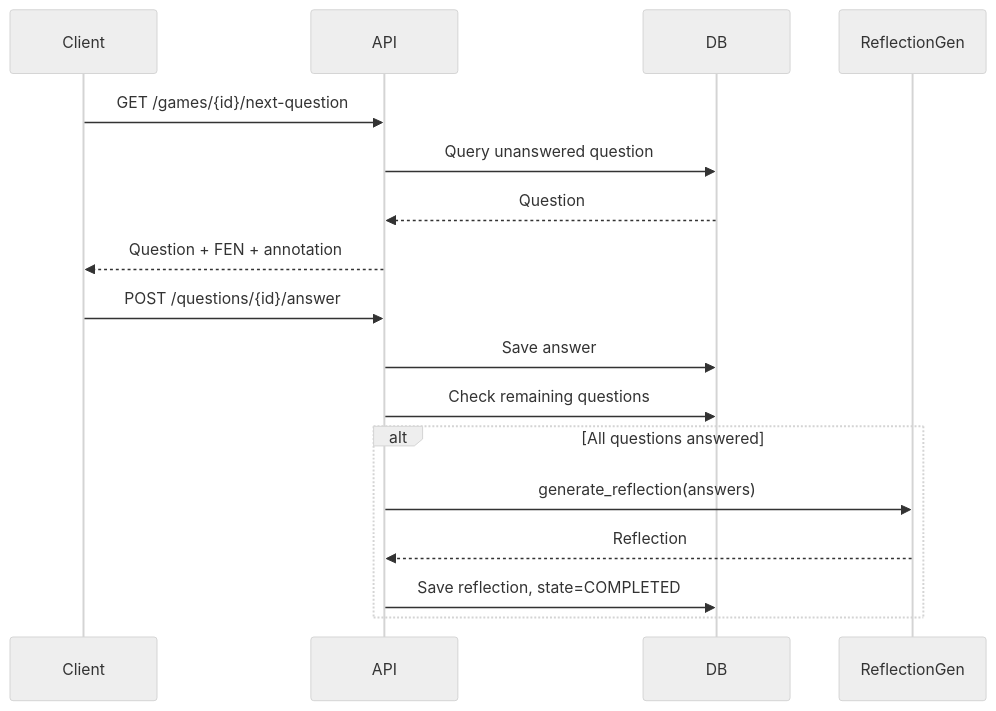
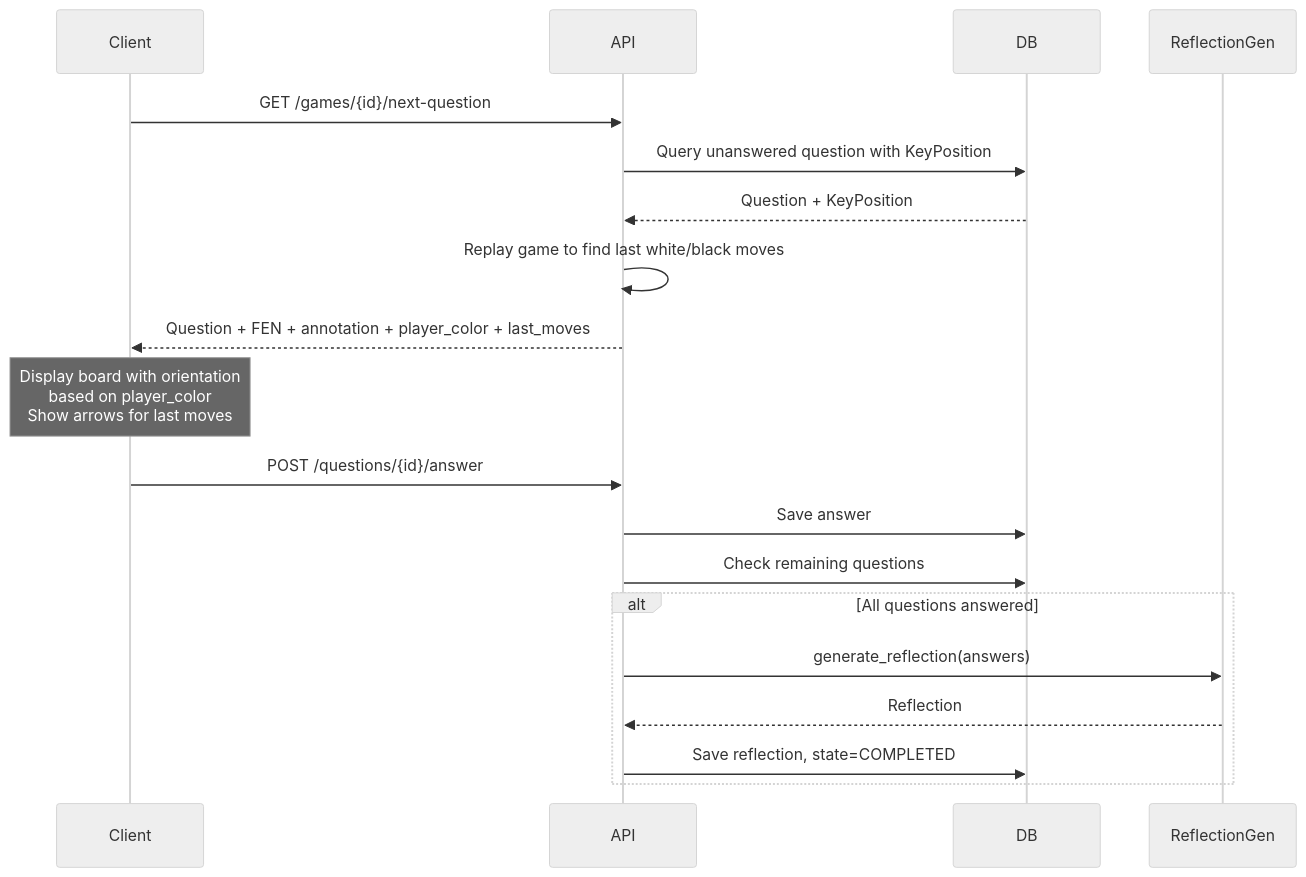
The fourth of 13 diagrams in docs/ARCHITECTURE_AND_DESIGN.md (mreddy-adulla/chess-in-one-ai-coach), drawn with Mermaid (neutral theme) before and after one commit. The commit also changed other lines of this file and 1 other file, not shown here.

First line of the commit message:
docs: Update ARCHITECTURE_AND_DESIGN and UNIVERSAL_DEBUG_GUIDE with latest features

````diff
--- a/docs/ARCHITECTURE_AND_DESIGN.md
+++ b/docs/ARCHITECTURE_AND_DESIGN.md
@@ -1060,22 +1071,25 @@
 ```mermaid
 sequenceDiagram
     participant Client
     participant API
     participant DB
     participant ReflectionGen
     
     Client->>API: GET /games/{id}/next-question
-    API->>DB: Query unanswered question
-    DB-->>API: Question
-    API-->>Client: Question + FEN + annotation
+    API->>DB: Query unanswered question with KeyPosition
+    DB-->>API: Question + KeyPosition
+    API->>API: Replay game to find last white/black moves
+    API-->>Client: Question + FEN + annotation + player_color + last_moves
+    
+    Note over Client: Display board with orientation<br/>based on player_color<br/>Show arrows for last moves
     
     Client->>API: POST /questions/{id}/answer
     API->>DB: Save answer
     API->>DB: Check remaining questions
     
     alt All questions answered
         API->>ReflectionGen: generate_reflection(answers)
         ReflectionGen-->>API: Reflection
         API->>DB: Save reflection, state=COMPLETED
     end
 ```
````
